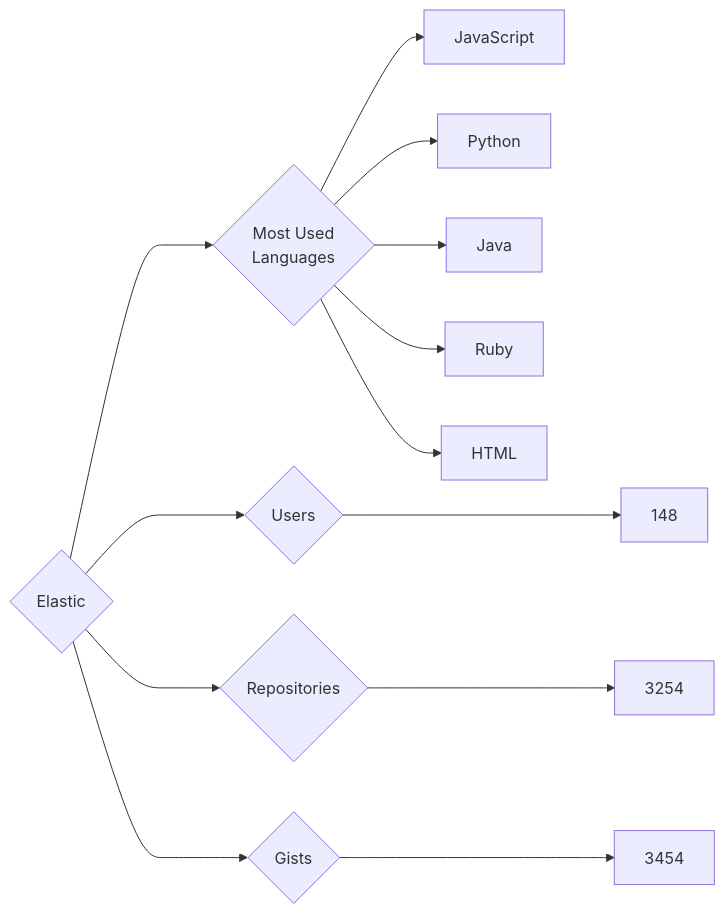
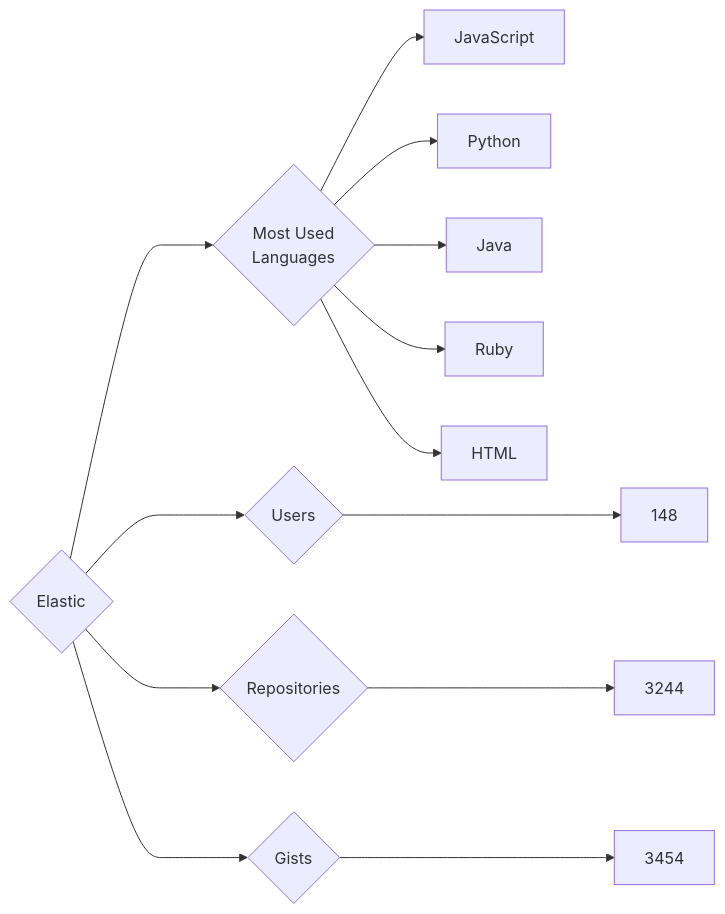
The diagram in targets/Elastic/README.md (trickest/insiders), drawn with Mermaid before and after one commit. The commit also changed 1030 other files, not shown here.

````diff
--- a/targets/Elastic/README.md
+++ b/targets/Elastic/README.md
@@ -3,13 +3,13 @@
 ```mermaid
 graph LR
 COMPANY_NAME{Elastic}
 COMPANY_NAME ---> U{Users} ---> UN[148]
-COMPANY_NAME ---> R{Repositories} ---> RN[3254]
+COMPANY_NAME ---> R{Repositories} ---> RN[3244]
 COMPANY_NAME ---> G{Gists} ---> GN[3454]
 COMPANY_NAME ---> ML{Most Used<br>Languages}
 ML --> JavaScript[JavaScript]
 ML --> Python[Python]
 ML --> Java[Java]
 ML --> Ruby[Ruby]
 ML --> HTML[HTML]
 ```
````
